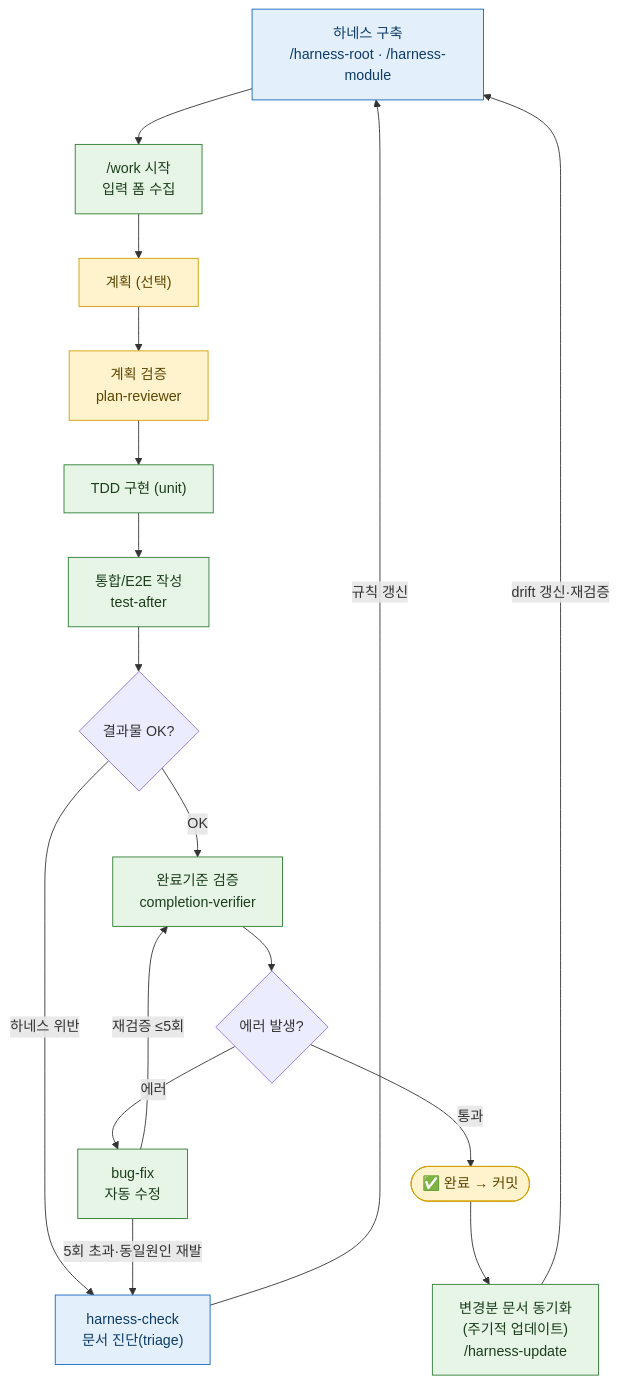
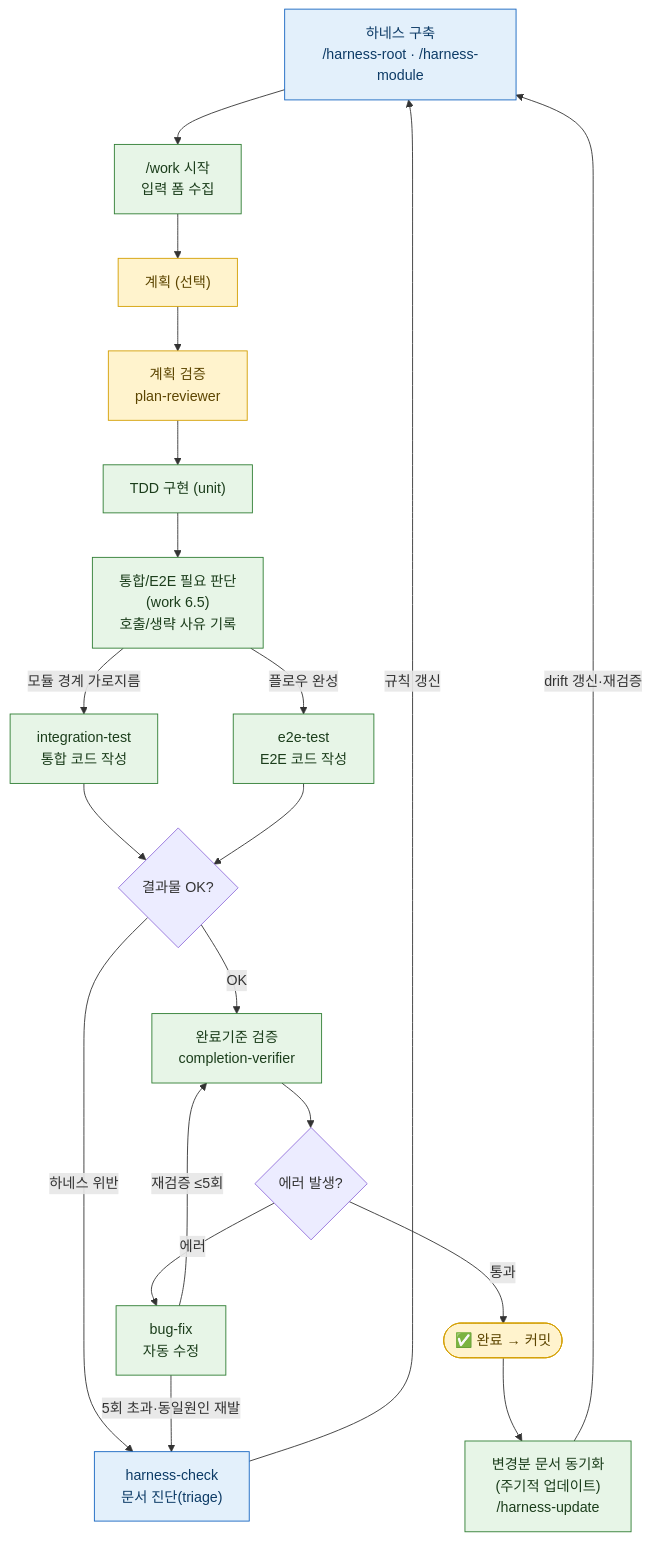
The diagram in README.md (yunjeLee/yeoboya_harness_plugin), drawn with Mermaid before and after one commit. The commit also changed other lines of this file and 3 other files, not shown here.

Commit message:
work Skill 수정  - integration, E2E Test 분리

````diff
--- a/README.md
+++ b/README.md
@@ -79,26 +81,29 @@
 ```mermaid
 flowchart TD
     H["하네스 구축<br/>/harness-root · /harness-module"]:::harness
     H --> W["/work 시작<br/>입력 폼 수집"]:::auto
     W --> P["계획 (선택)"]:::gate
     P --> PR["계획 검증<br/>plan-reviewer"]:::gate
     PR --> TDD["TDD 구현 (unit)"]:::auto
-    TDD --> IT["통합/E2E 작성<br/>test-after"]:::auto
-    IT --> Q{"결과물 OK?"}
+    TDD --> IT["통합/E2E 필요 판단<br/>(work 6.5)<br/>호출/생략 사유 기록"]:::auto
+    IT -->|모듈 경계 가로지름| ITS["integration-test<br/>통합 코드 작성"]:::auto
+    IT -->|플로우 완성| E2E["e2e-test<br/>E2E 코드 작성"]:::auto
+    ITS --> Q{"결과물 OK?"}
+    E2E --> Q
     Q -->|하네스 위반| HC
     Q -->|OK| CRI["완료기준 검증<br/>completion-verifier"]:::auto
     CRI --> Q2{에러 발생?}
     Q2 -->|에러| BF["bug-fix<br/>자동 수정"]:::auto
     BF -->|재검증 ≤5회| CRI
     Q2 -->|통과| DONE([✅ 완료 → 커밋]):::gate
     DONE --> HU["변경분 문서 동기화<br/>(주기적 업데이트)<br/>/harness-update"]:::auto
     HU -->|drift 갱신·재검증| H
 
     BF -->|5회 초과·동일원인 재발| HC
     HC["harness-check<br/>문서 진단(triage)"]:::harness
     HC -->|규칙 갱신| H
 
     classDef auto fill:#e7f5e7,stroke:#2e7d32,color:#1b3d1b
     classDef gate fill:#fff3cd,stroke:#d39e00,color:#5c4500
     classDef harness fill:#e3f0fb,stroke:#1565c0,color:#0d3b66
 ```
````
